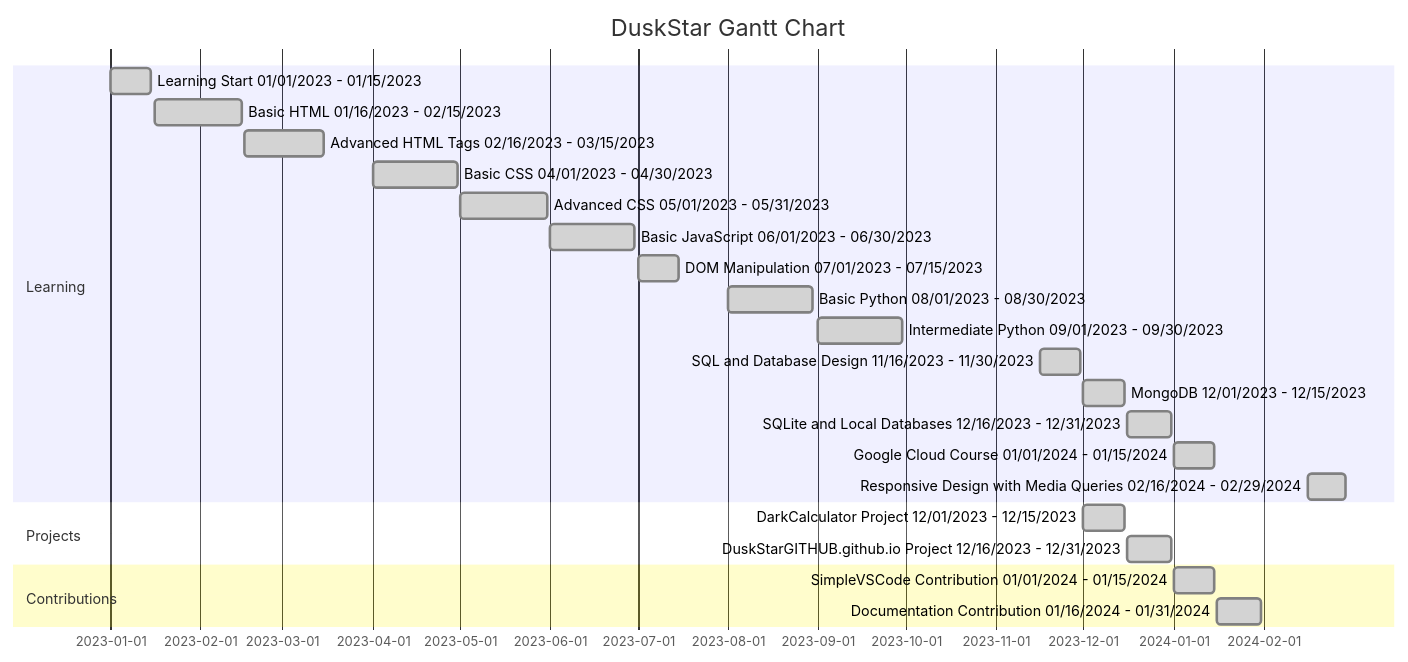
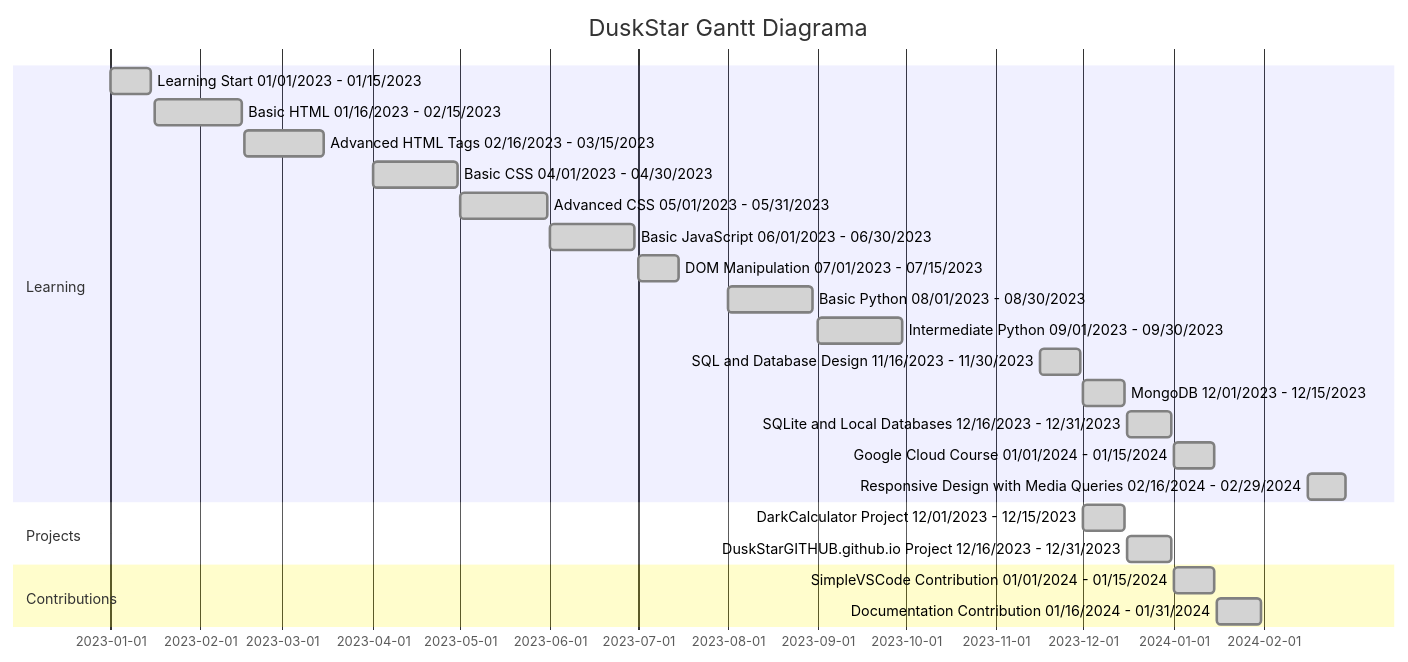
The diagram in README.md (DuskStarGITHUB/DuskStarGITHUB), drawn with Mermaid before and after one commit. The commit also changed other lines of this file, not shown here.

````diff
--- a/README.md
+++ b/README.md
@@ -114,30 +98,30 @@
 ```mermaid
 gantt
 	dateFormat MM/DD/YYYY
-	title DuskStar Gantt Chart
+	title DuskStar Gantt Diagrama
 
 	section Learning
 		Learning Start 01/01/2023 - 01/15/2023 :done, start1, 01/01/2023, 01/15/2023
         	Basic HTML 01/16/2023 - 02/15/2023 :done, html1, 01/16/2023, 02/15/2023
         	Advanced HTML Tags 02/16/2023 - 03/15/2023 :done, html2, 02/16/2023, 03/15/2023
         	Basic CSS 04/01/2023 - 04/30/2023 :done, css1, 04/01/2023, 04/30/2023
         	Advanced CSS 05/01/2023 - 05/31/2023 :done, css2, 05/01/2023, 05/31/2023
         	Basic JavaScript 06/01/2023 - 06/30/2023 :done, js1, 06/01/2023, 06/30/2023
         	DOM Manipulation 07/01/2023 - 07/15/2023 :done, js2, 07/01/2023, 07/15/2023
         	Basic Python 08/01/2023 - 08/30/2023 :done, python1, 08/01/2023, 08/30/2023
         	Intermediate Python 09/01/2023 - 09/30/2023 :done, python2, 09/01/2023, 09/30/2023
         	SQL and Database Design 11/16/2023 - 11/30/2023 :done, sql1, 11/16/2023, 11/30/2023
         	MongoDB 12/01/2023 - 12/15/2023 :done, mongodb1, 12/01/2023, 12/15/2023
         	SQLite and Local Databases 12/16/2023 - 12/31/2023 :done, sqlite1, 12/16/2023, 12/31/2023
         	Google Cloud Course 01/01/2024 - 01/15/2024 :done, cloud1, 01/01/2024, 01/15/2024
 		Responsive Design with Media Queries 02/16/2024 - 02/29/2024 :done, media1, 02/16/2024, 02/29/2024
 
 	section Projects
 		DarkCalculator Project 12/01/2023 - 12/15/2023 :done, project1, 12/01/2023, 12/15/2023
 		DuskStarGITHUB.github.io Project 12/16/2023 - 12/31/2023 :done, project2, 12/16/2023, 12/31/2023
 
 	section Contributions
 		SimpleVSCode Contribution 01/01/2024 - 01/15/2024 :done, contribution1, 01/01/2024, 01/15/2024
 		Documentation Contribution 01/16/2024 - 01/31/2024 :done, contribution2, 01/16/2024, 01/31/2024
 
 ```
````
